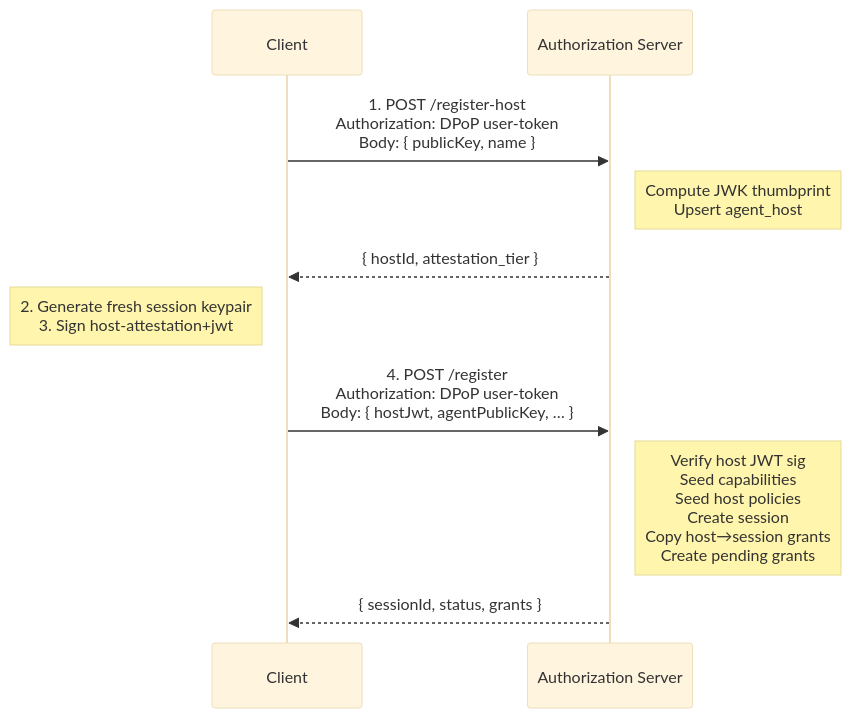
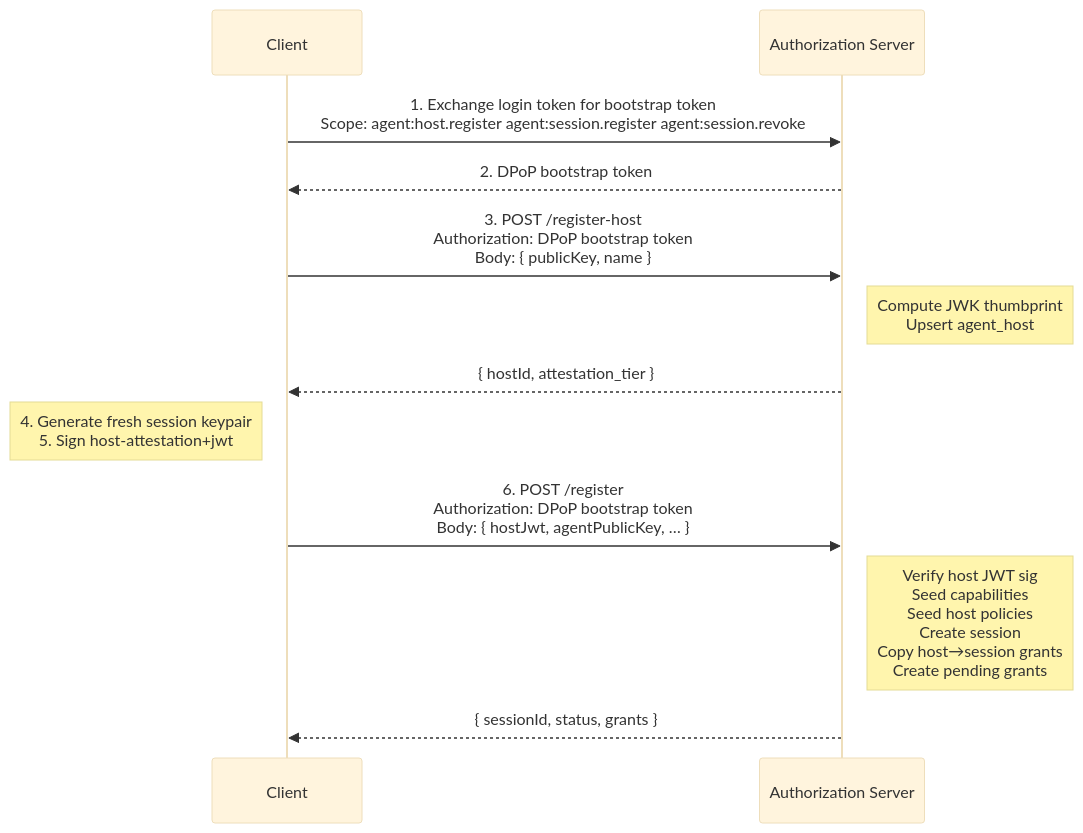
One commit to gustavovalverde/zentity changed the second of 5 diagrams in docs/(specs)/pact-v0.1-draft.md. Above: the diagram before and after it, drawn with Mermaid (base theme). The commit also changed other lines of this file and 38 other files, not shown here.

Commit message:
refactor(agent-auth): separate login and bootstrap tokens

````diff
--- a/docs/(specs)/pact-v0.1-draft.md
+++ b/docs/(specs)/pact-v0.1-draft.md
@@ -287,15 +287,18 @@
 ```mermaid
 sequenceDiagram
     participant C as Client
     participant AS as Authorization Server
 
-    C->>AS: 1. POST /register-host<br/>Authorization: DPoP user-token<br/>Body: { publicKey, name }
+    C->>AS: 1. Exchange login token for bootstrap token<br/>Scope: agent:host.register agent:session.register agent:session.revoke
+    AS-->>C: 2. DPoP bootstrap token
+
+    C->>AS: 3. POST /register-host<br/>Authorization: DPoP bootstrap token<br/>Body: { publicKey, name }
     Note right of AS: Compute JWK thumbprint<br/>Upsert agent_host
     AS-->>C: { hostId, attestation_tier }
 
-    Note left of C: 2. Generate fresh session keypair<br/>3. Sign host-attestation+jwt
+    Note left of C: 4. Generate fresh session keypair<br/>5. Sign host-attestation+jwt
 
-    C->>AS: 4. POST /register<br/>Authorization: DPoP user-token<br/>Body: { hostJwt, agentPublicKey, … }
+    C->>AS: 6. POST /register<br/>Authorization: DPoP bootstrap token<br/>Body: { hostJwt, agentPublicKey, … }
     Note right of AS: Verify host JWT sig<br/>Seed capabilities<br/>Seed host policies<br/>Create session<br/>Copy host→session grants<br/>Create pending grants
     AS-->>C: { sessionId, status, grants }
 ```
````
